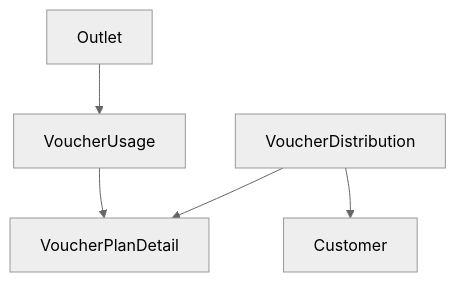
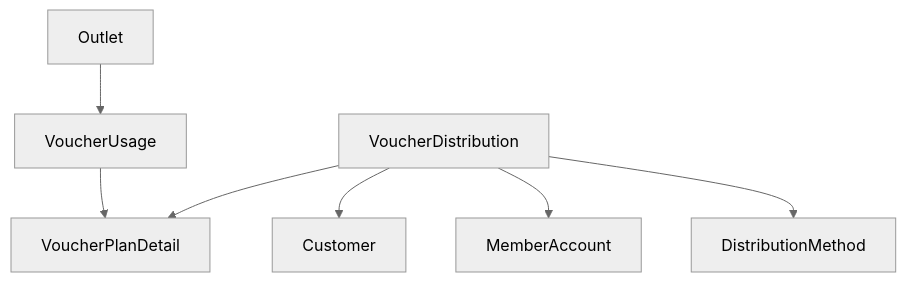
One commit to lamhongbac/NonCash changed the seventh of 8 diagrams in .qoder/repowiki/en/content/Data Models and Database Design/Tracking and Distribution Entities.md. Above: the diagram before and after it, drawn with Mermaid (neutral theme). The commit also changed other lines of this file and 57 other files, not shown here.

````diff
--- a/.qoder/repowiki/en/content/Data Models and Database Design/Tracking and Distribution Entities.md
+++ b/.qoder/repowiki/en/content/Data Models and Database Design/Tracking and Distribution Entities.md
@@ -286,12 +334,16 @@
 ```mermaid
 graph TB
 VPD["VoucherPlanDetail"]
 VU["VoucherUsage"]
 VD["VoucherDistribution"]
 OUT["Outlet"]
 CUST["Customer"]
+MEM["MemberAccount"]
+DM["DistributionMethod"]
 VU --> VPD
 VD --> VPD
 VD --> CUST
+VD --> MEM
+VD --> DM
 OUT --> VU
 ```
````
